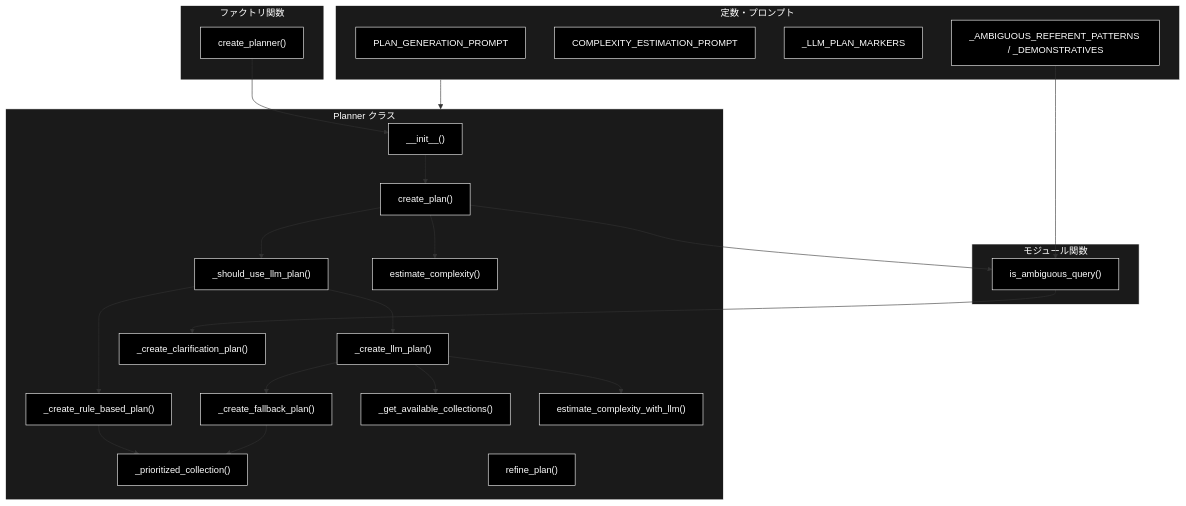
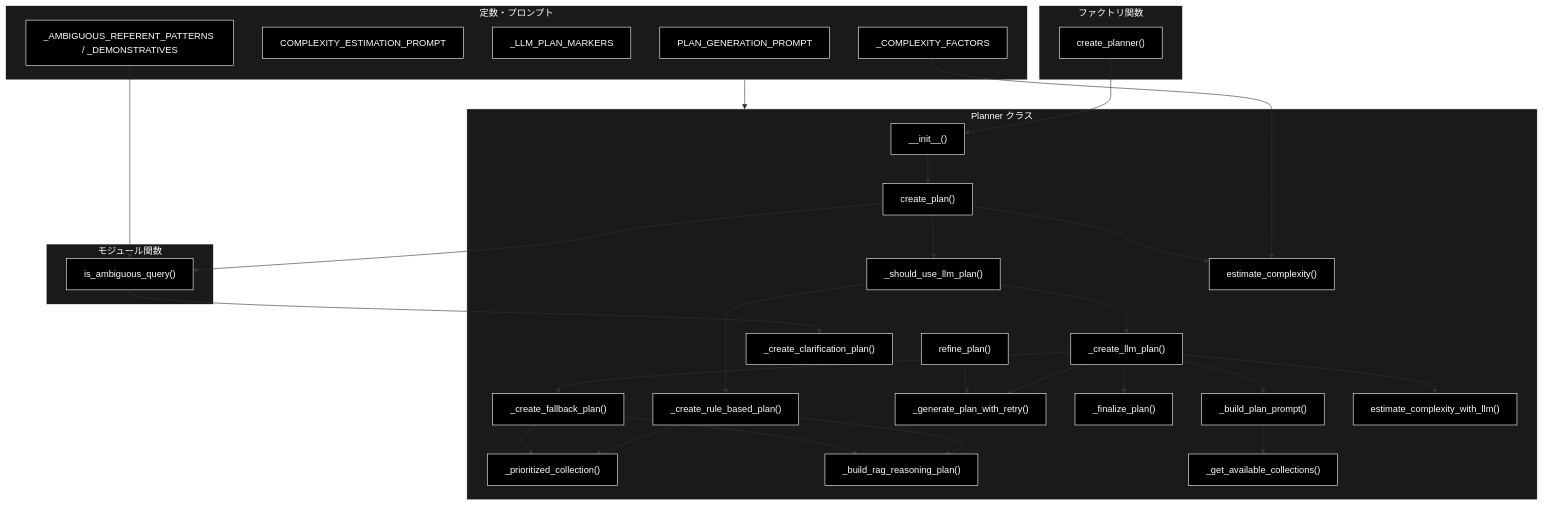
One commit to nakashima2toshio/anthropic_grace_agent_v2 changed the second of 3 diagrams in grace/doc/planner.md. Above: the diagram before and after it, drawn with Mermaid. The commit also changed other lines of this file, not shown here.

````diff
--- a/grace/doc/planner.md
+++ b/grace/doc/planner.md
@@ -133,55 +137,67 @@
 ```mermaid
 flowchart TB
     subgraph CONST["定数・プロンプト"]
         PROMPT["PLAN_GENERATION_PROMPT"]
         CPROMPT["COMPLEXITY_ESTIMATION_PROMPT"]
         MARKERS["_LLM_PLAN_MARKERS"]
+        FACTORS["_COMPLEXITY_FACTORS"]
         AMBIG["_AMBIGUOUS_REFERENT_PATTERNS / _DEMONSTRATIVES"]
     end
 
     subgraph FUNC["モジュール関数"]
         ISAMBIG["is_ambiguous_query()"]
     end
 
     subgraph PLANNER["Planner クラス"]
         INIT["__init__()"]
         CREATE["create_plan()"]
         SHOULD["_should_use_llm_plan()"]
         PRIOR["_prioritized_collection()"]
+        BUILDRAG["_build_rag_reasoning_plan()"]
         RULE["_create_rule_based_plan()"]
+        BUILDPROMPT["_build_plan_prompt()"]
+        GENRETRY["_generate_plan_with_retry()"]
+        FINALIZE["_finalize_plan()"]
         LLMPLAN["_create_llm_plan()"]
         CLARIFY["_create_clarification_plan()"]
         FALLBACK["_create_fallback_plan()"]
         GETCOLL["_get_available_collections()"]
         EST["estimate_complexity()"]
         ESTLLM["estimate_complexity_with_llm()"]
         REFINE["refine_plan()"]
     end
 
     subgraph FACTORY["ファクトリ関数"]
         CREATEP["create_planner()"]
     end
 
     CONST --> PLANNER
     AMBIG --> ISAMBIG
+    FACTORS --> EST
     CREATEP --> INIT
     INIT --> CREATE
     CREATE --> ISAMBIG
     ISAMBIG --> CLARIFY
     CREATE --> EST
     CREATE --> SHOULD
     SHOULD --> RULE
     SHOULD --> LLMPLAN
     RULE --> PRIOR
+    RULE --> BUILDRAG
     LLMPLAN --> ESTLLM
-    LLMPLAN --> GETCOLL
+    LLMPLAN --> BUILDPROMPT
+    LLMPLAN --> GENRETRY
+    LLMPLAN --> FINALIZE
     LLMPLAN --> FALLBACK
+    BUILDPROMPT --> GETCOLL
+    REFINE --> GENRETRY
     FALLBACK --> PRIOR
+    FALLBACK --> BUILDRAG
 classDef default fill:#000,stroke:#fff,color:#fff
 classDef subgraphStyle fill:#1a1a1a,stroke:#fff,color:#fff
-class PROMPT,CPROMPT,MARKERS,AMBIG,ISAMBIG,INIT,CREATE,SHOULD,PRIOR,RULE,LLMPLAN,CLARIFY,FALLBACK,GETCOLL,EST,ESTLLM,REFINE,CREATEP default
+class PROMPT,CPROMPT,MARKERS,FACTORS,AMBIG,ISAMBIG,INIT,CREATE,SHOULD,PRIOR,BUILDRAG,RULE,BUILDPROMPT,GENRETRY,FINALIZE,LLMPLAN,CLARIFY,FALLBACK,GETCOLL,EST,ESTLLM,REFINE,CREATEP default
 style CONST fill:#1a1a1a,stroke:#fff,color:#fff
 style FUNC fill:#1a1a1a,stroke:#fff,color:#fff
 style PLANNER fill:#1a1a1a,stroke:#fff,color:#fff
 style FACTORY fill:#1a1a1a,stroke:#fff,color:#fff
 ```
````
